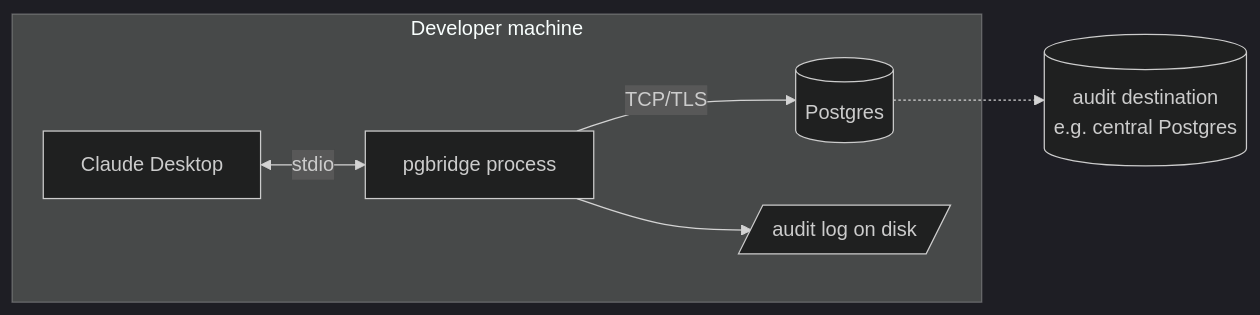
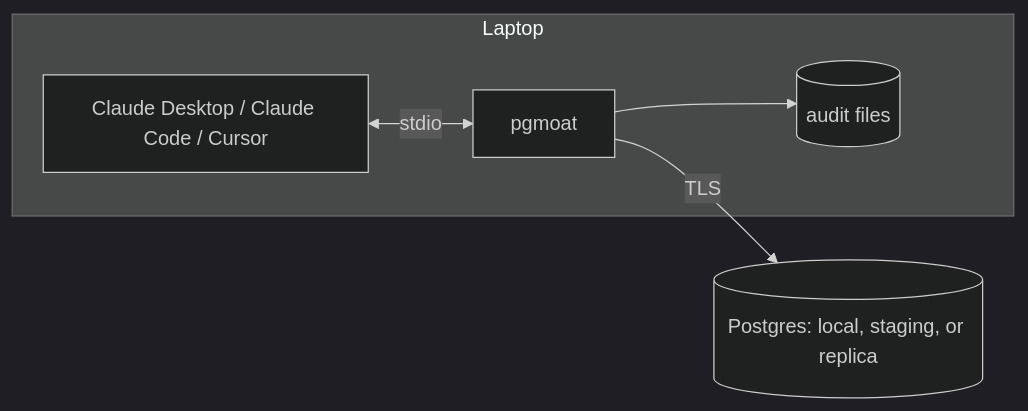
Before and after one commit to Kitalon-Labs-LLC/pgmoat: the tenth of 14 diagrams in pgmoat-appflow.md, drawn with Mermaid (dark theme). The commit also changed other lines of this file and 11 other files, not shown here.

````diff
--- a/pgmoat-appflow.md
+++ b/pgmoat-appflow.md
@@ -350,11 +285,8 @@
 ```mermaid
 flowchart LR
-    subgraph Developer machine
-      ClaudeDesktop[Claude Desktop]
-      Pgbridge[pgbridge process]
-      ClaudeDesktop <-->|stdio| Pgbridge
-      Pgbridge -->|TCP/TLS| RemoteDB[(Postgres)]
-      Pgbridge --> LocalLog[/audit log on disk/]
+    subgraph Laptop
+      CL[Claude Desktop / Claude Code / Cursor] <-->|stdio| PM[pgmoat]
+      PM --> AF[(audit files)]
     end
-    RemoteDB -.-> ProdAudit[(audit destination<br/>e.g. central Postgres)]
+    PM -->|TLS| DB[(Postgres: local, staging, or replica)]
 ```
````
